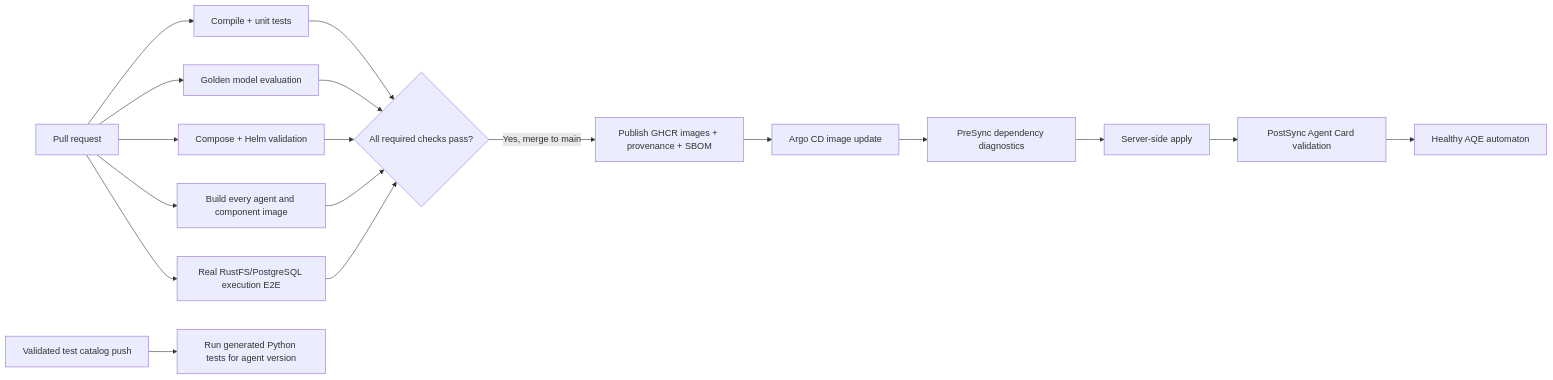
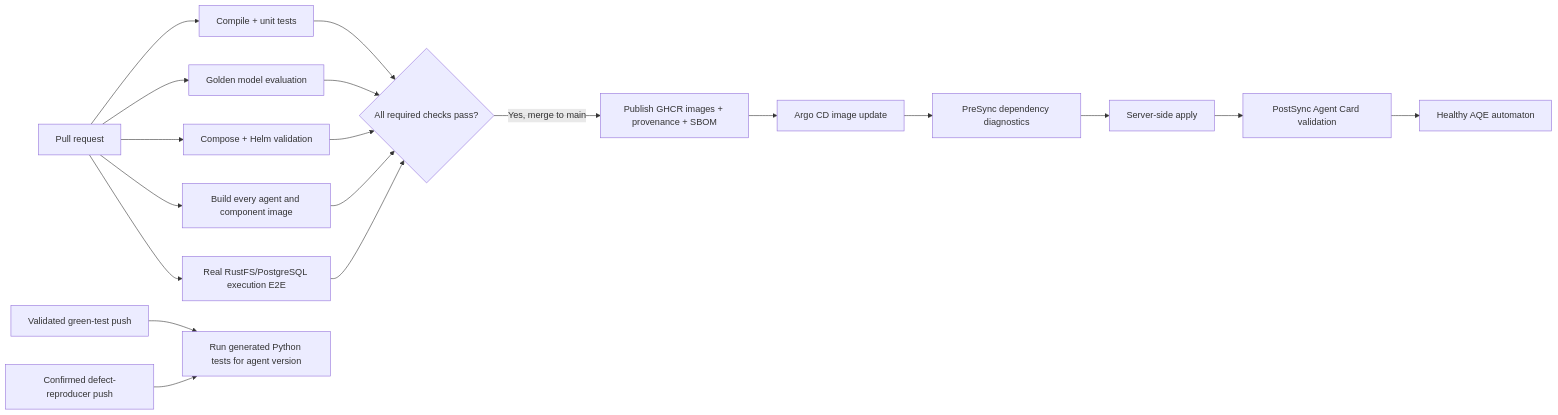
Diagram 14 of 15 in docs/architecture.md (sqe/AQE), drawn with Mermaid before and after one commit. The commit also changed other lines of this file and 1 other file, not shown here.

````diff
--- a/docs/architecture.md
+++ b/docs/architecture.md
@@ -450,20 +497,21 @@
 ```mermaid
 flowchart LR
     PR[Pull request] --> Unit[Compile + unit tests]
     PR --> Eval[Golden model evaluation]
     PR --> Manifests[Compose + Helm validation]
     PR --> Images[Build every agent and component image]
     PR --> E2E[Real RustFS/PostgreSQL execution E2E]
     Unit --> Gate{All required checks pass?}
     Eval --> Gate
     Manifests --> Gate
     Images --> Gate
     E2E --> Gate
     Gate -- Yes, merge to main --> Release[Publish GHCR images + provenance + SBOM]
     Release --> Argo[Argo CD image update]
     Argo --> PreSync[PreSync dependency diagnostics]
     PreSync --> Deploy[Server-side apply]
     Deploy --> PostSync[PostSync Agent Card validation]
     PostSync --> Ready[Healthy AQE automaton]
-    CatalogPush[Validated test catalog push] --> VersionCI[Run generated Python tests for agent version]
+    CatalogPush[Validated green-test push] --> VersionCI[Run generated Python tests for agent version]
+    FindingPush[Confirmed defect-reproducer push] --> VersionCI
 ```
````
